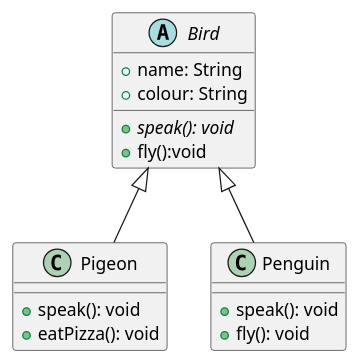
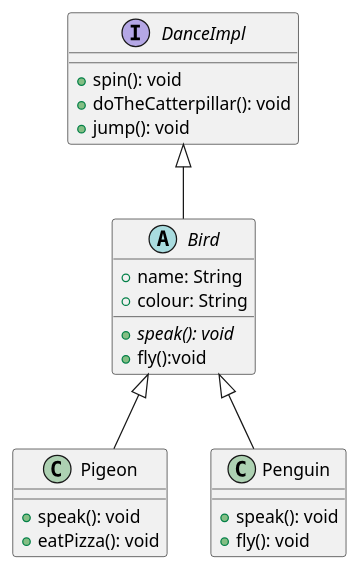
One commit to abinormal/introduction-to-oop-project changed the diagram in .idea/Bird.puml. Above: the diagram before and after it, drawn with PlantUML.

Commit message:
Added DanceImpl to the UML diagram.

```diff
--- a/.idea/Bird.puml
+++ b/.idea/Bird.puml
@@ -1,26 +1,33 @@
 @startuml
 'https://plantuml.com/class-diagram
 
 
 abstract class Bird {
     + name: String
     + colour: String
 
     {abstract} +speak(): void
     +fly():void
 }
 
 class Pigeon {
     +speak(): void
     +eatPizza(): void
 }
 
 class Penguin {
     +speak(): void
     +fly(): void
 }
 
+interface DanceImpl {
+    +spin(): void
+    +doTheCatterpillar(): void
+    +jump(): void
+}
+
+DanceImpl <|-- Bird
 Bird <|-- Pigeon
 Bird <|-- Penguin
 
 @enduml
```
